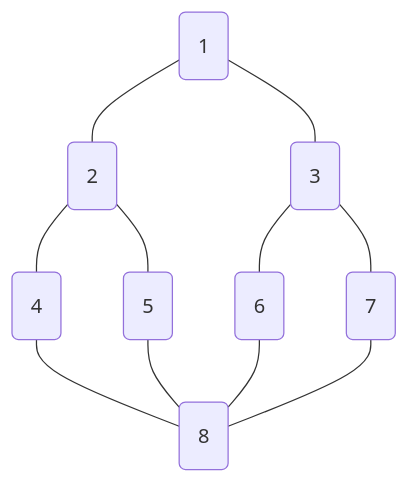
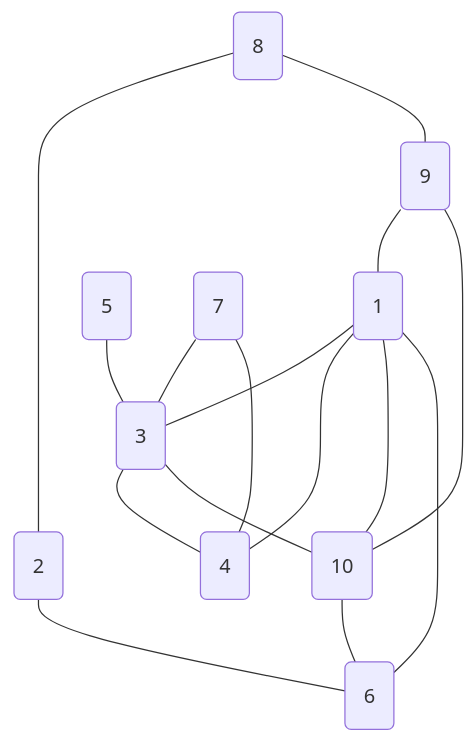
The diagram in HW02_DSA(2)/graph.md (Austin1153/DSA), drawn with Mermaid before and after one commit. The commit also changed other lines of this file and 8 other files, not shown here.

````diff
--- a/HW02_DSA(2)/graph.md
+++ b/HW02_DSA(2)/graph.md
@@ -2,21 +2,28 @@
 ```mermaid
  graph TD
 	A1(1)
 	A2(2)
 	A3(3)
 	A4(4)
 	A5(5)
 	A6(6)
 	A7(7)
 	A8(8)
-	A1 --- A2
+	A9(9)
+	A10(10)
 	A1 --- A3
-	A2 --- A4
-	A2 --- A5
-	A3 --- A6
-	A3 --- A7
-	A4 --- A8
-	A5 --- A8
-	A6 --- A8
-	A7 --- A8
+	A4 --- A1
+	A6 --- A1
+	A9 --- A1
+	A10 --- A1
+	A2 --- A6
+	A8 --- A2
+	A3 --- A4
+	A5 --- A3
+	A7 --- A3
+	A3 --- A10
+	A7 --- A4
+	A10 --- A6
+	A8 --- A9
+	A9 --- A10
 ```
````
